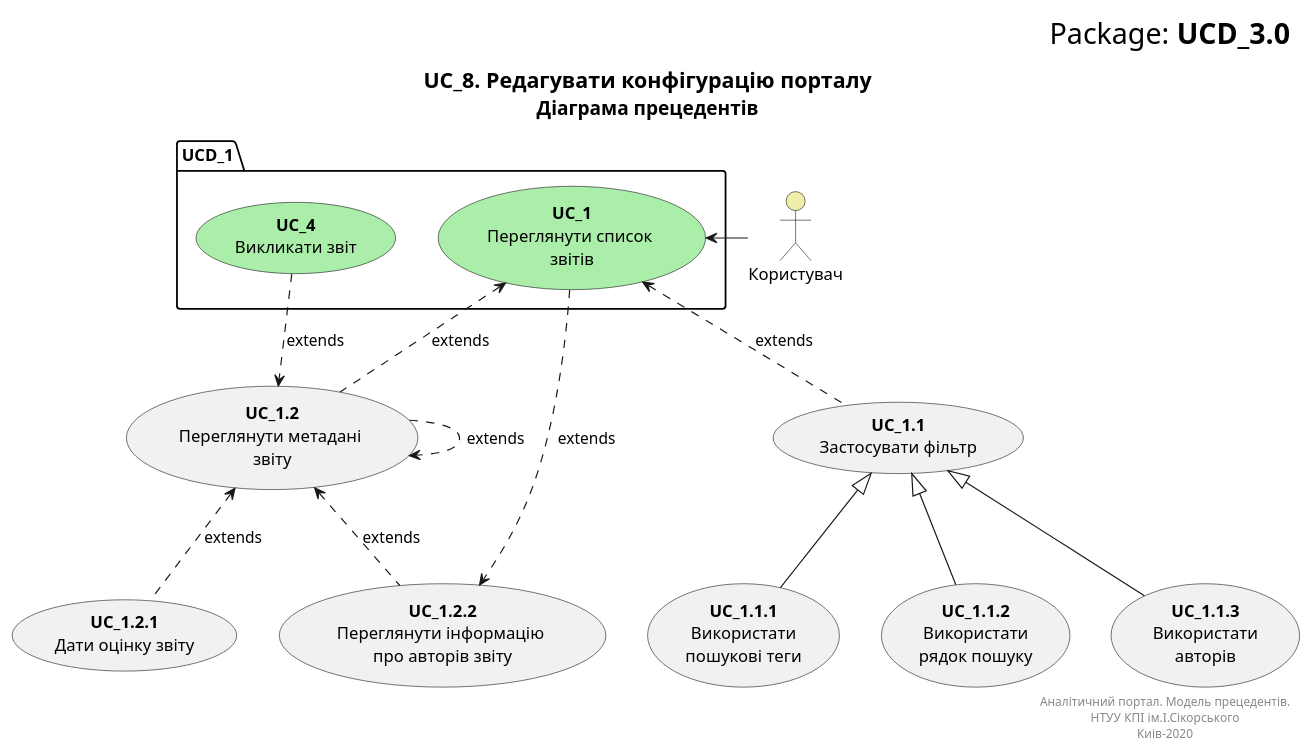
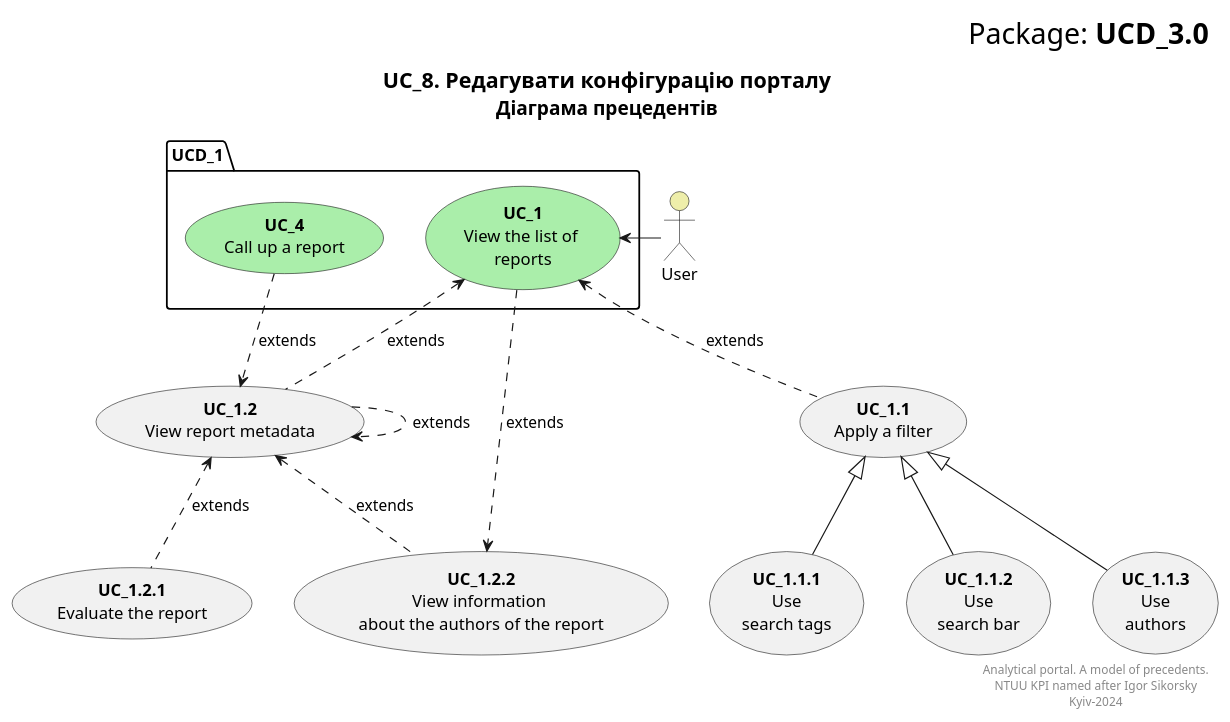
The diagram in docs/use cases/index.md (ypapish/database-course-work), drawn with PlantUML before and after one commit. The commit also changed other lines of this file, not shown here.

```diff
--- a/docs/use cases/index.md
+++ b/docs/use cases/index.md
@@ -88,54 +88,54 @@
 @startuml
 
     right header
         <font size=24 color=black>Package: <b>UCD_3.0
     end header
 
     title
         <font size=18 color=black>UC_8. Редагувати конфігурацію порталу
         <font size=16 color=black>Діаграма прецедентів
     end title
 
 
-    actor "Користувач" as User #eeeeaa
+    actor "User" as User #eeeeaa
 
     package UCD_1{
-        usecase "<b>UC_1</b>\nПереглянути список \nзвітів" as UC_1 #aaeeaa
+        usecase "<b>UC_1</b>\nView the list of \nreports" as UC_1 #aaeeaa
     }
 
-    usecase "<b>UC_1.1</b>\nЗастосувати фільтр" as UC_1.1
-    usecase "<b>UC_1.2</b>\nПереглянути метадані \nзвіту" as UC_1.2
-    usecase "<b>UC_1.2.1</b>\nДати оцінку звіту" as UC_1.2.1
-    usecase "<b>UC_1.2.2</b>\nПереглянути інформацію \nпро авторів звіту" as UC_1.2.2
+    usecase "<b>UC_1.1</b>\nApply a filter" as UC_1.1
+    usecase "<b>UC_1.2</b>\nView report metadata" as UC_1.2
+    usecase "<b>UC_1.2.1</b>\nEvaluate the report" as UC_1.2.1
+    usecase "<b>UC_1.2.2</b>\nView information \nabout the authors of the report" as UC_1.2.2
 
     package UCD_1 {
-        usecase "<b>UC_4</b>\nВикликати звіт" as UC_4 #aaeeaa
+        usecase "<b>UC_4</b>\nCall up a report" as UC_4 #aaeeaa
     }
 
-    usecase "<b>UC_1.1.1</b>\n Використати \nпошукові теги" as UC_1.1.1
-    usecase "<b>UC_1.1.2</b>\n Використати \nрядок пошуку" as UC_1.1.2
-    usecase "<b>UC_1.1.3</b>\n Використати \nавторів" as UC_1.1.3
+    usecase "<b>UC_1.1.1</b>\n Use \nsearch tags" as UC_1.1.1
+    usecase "<b>UC_1.1.2</b>\n Use \nsearch bar" as UC_1.1.2
+    usecase "<b>UC_1.1.3</b>\n Use \nauthors" as UC_1.1.3
 
 
 
     User -> UC_1
     UC_1.1 .u.> UC_1 :extends
     UC_1.2 .u.> UC_1 :extends
     UC_4 .d.> UC_1.2 :extends
     UC_1.2 .> UC_1.2 :extends
     UC_1.2.1 .u.> UC_1.2 :extends
     UC_1.2.2 .u.> UC_1.2 :extends
     UC_1 ..> UC_1.2.2 :extends
 
 
     UC_1.1.1 -u-|> UC_1.1
     UC_1.1.2 -u-|> UC_1.1
     UC_1.1.3 -u-|> UC_1.1
 
     right footer
-        Аналітичний портал. Модель прецедентів.
-        НТУУ КПІ ім.І.Сікорського
-        Киів-2020
+        Analytical portal. A model of precedents.
+        NTUU KPI named after Igor Sikorsky
+        Kyiv-2024
     end footer
 
 @enduml
```
